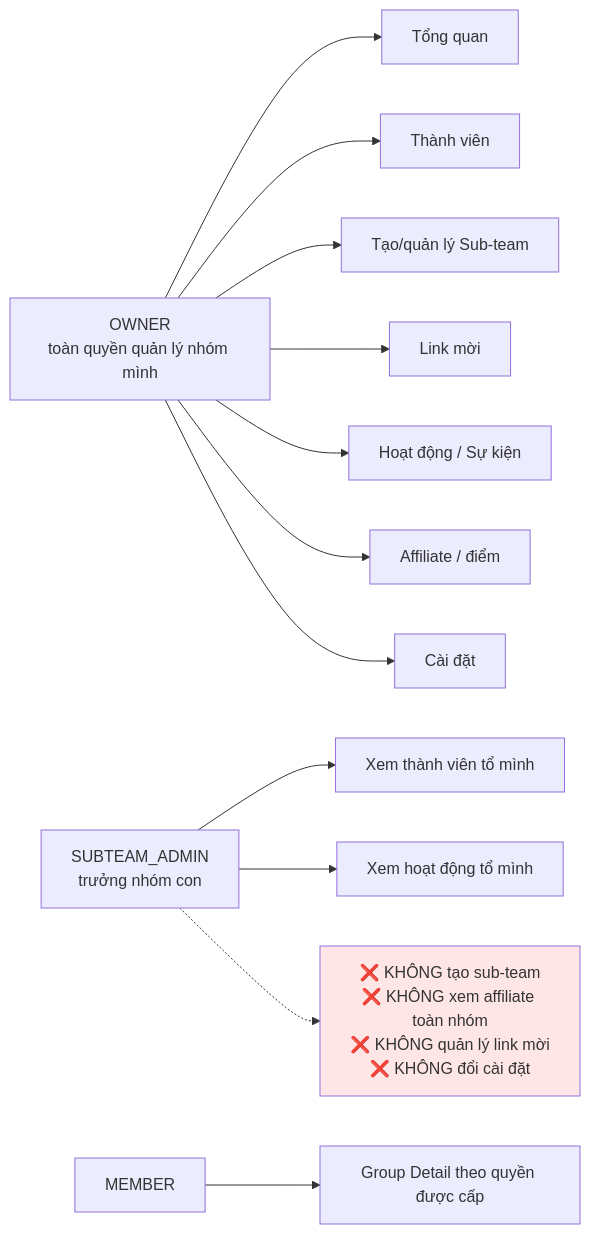
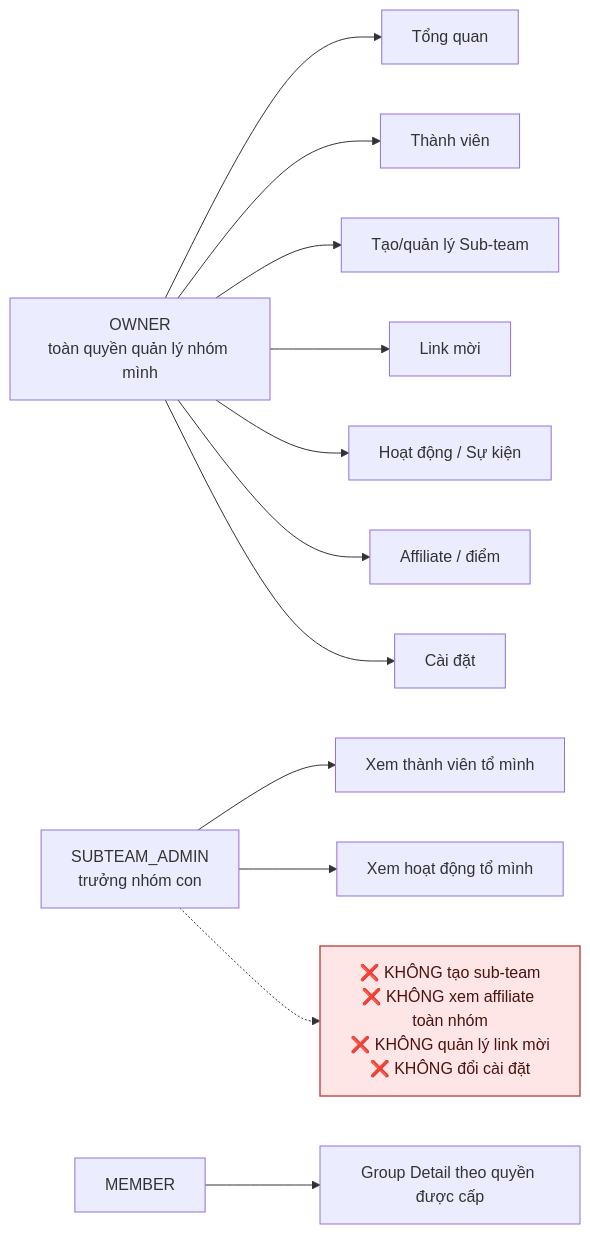
Before and after one commit to fdshn/trueheart: the fourth of 6 diagrams in docs/diagram/18-group.md, drawn with Mermaid. The commit also changed other lines of this file and 30 other files, not shown here.

First line of the commit message:
docs(diagram): chữ trong khối tô màu đọc được ở cả giao diện sáng và tối

````diff
--- a/docs/diagram/18-group.md
+++ b/docs/diagram/18-group.md
@@ -102,18 +102,18 @@
 ```mermaid
 flowchart LR
     O["OWNER<br/>toàn quyền quản lý nhóm mình"] --> G1[Tổng quan]
     O --> G2[Thành viên]
     O --> G3[Tạo/quản lý Sub-team]
     O --> G4[Link mời]
     O --> G5[Hoạt động / Sự kiện]
     O --> G6[Affiliate / điểm]
     O --> G7[Cài đặt]
 
     S["SUBTEAM_ADMIN<br/>trưởng nhóm con"] --> H1[Xem thành viên tổ mình]
     S --> H2[Xem hoạt động tổ mình]
     S -.-> H3["❌ KHÔNG tạo sub-team<br/>❌ KHÔNG xem affiliate toàn nhóm<br/>❌ KHÔNG quản lý link mời<br/>❌ KHÔNG đổi cài đặt"]
 
     M["MEMBER"] --> I1[Group Detail theo quyền được cấp]
 
-    style H3 fill:#ffe6e6
+    style H3 fill:#ffe6e6,stroke:#c0504d,stroke-width:1.5px,color:#4a1210
 ```
````
